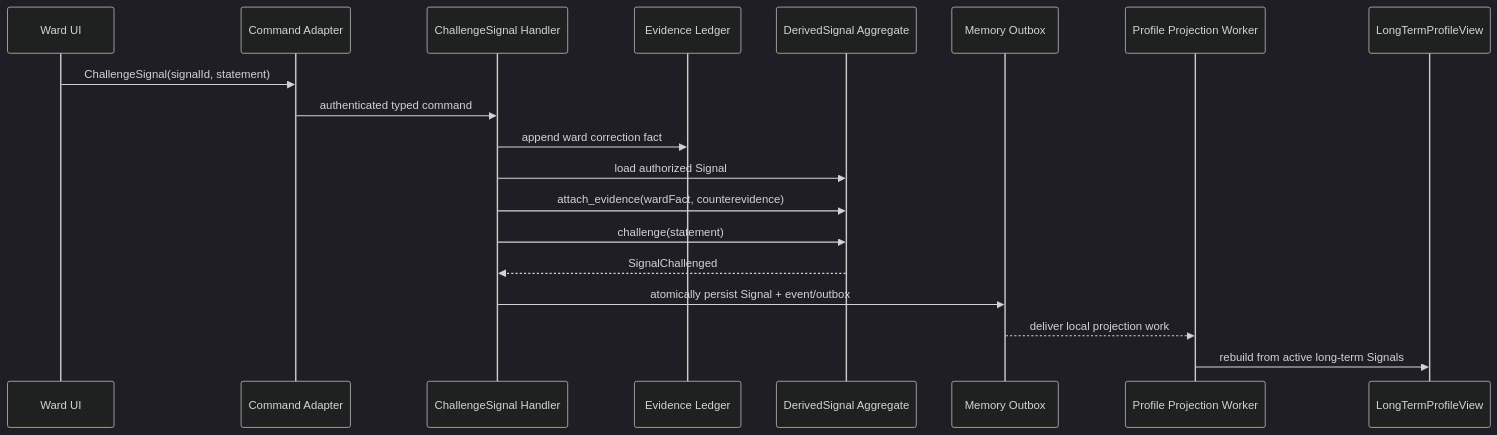
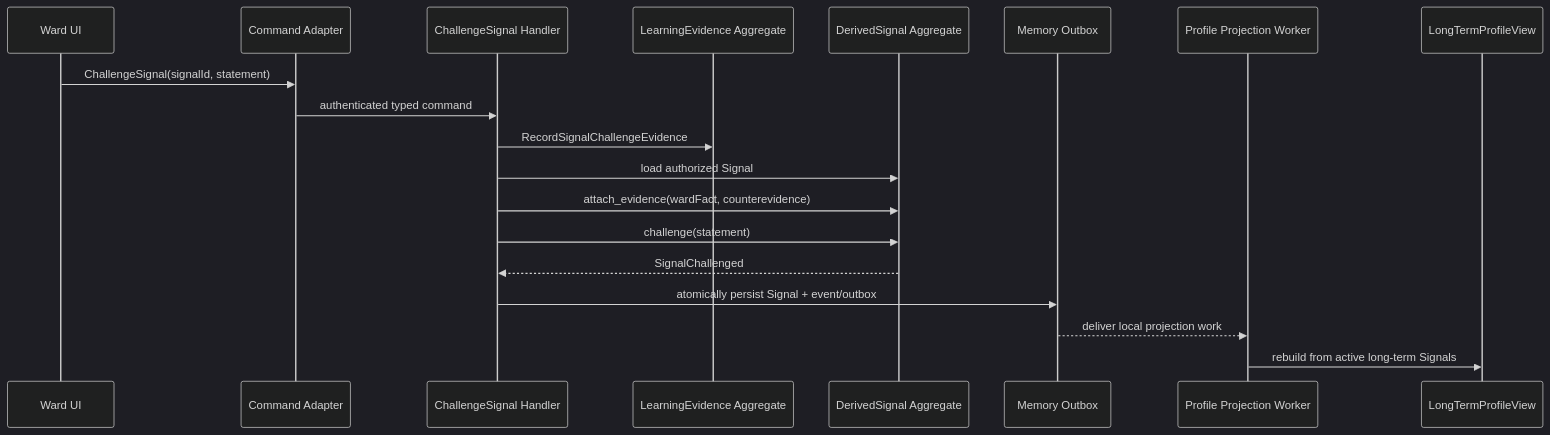
Before and after one commit to johanchow/duxue: the ninth of 9 diagrams in docs/technical/design-memory.md, drawn with Mermaid (dark theme). The commit also changed other lines of this file, not shown here.

````diff
--- a/docs/technical/design-memory.md
+++ b/docs/technical/design-memory.md
@@ -488,22 +521,22 @@
 ```mermaid
 sequenceDiagram
     participant W as Ward UI
     participant I as Command Adapter
     participant H as ChallengeSignal Handler
-    participant L as Evidence Ledger
+    participant L as LearningEvidence Aggregate
     participant S as DerivedSignal Aggregate
     participant O as Memory Outbox
     participant P as Profile Projection Worker
     participant V as LongTermProfileView
 
     W->>I: ChallengeSignal(signalId, statement)
     I->>H: authenticated typed command
-    H->>L: append ward correction fact
+    H->>L: RecordSignalChallengeEvidence
     H->>S: load authorized Signal
     H->>S: attach_evidence(wardFact, counterevidence)
     H->>S: challenge(statement)
     S-->>H: SignalChallenged
     H->>O: atomically persist Signal + event/outbox
     O-->>P: deliver local projection work
     P->>V: rebuild from active long-term Signals
 ```
````
